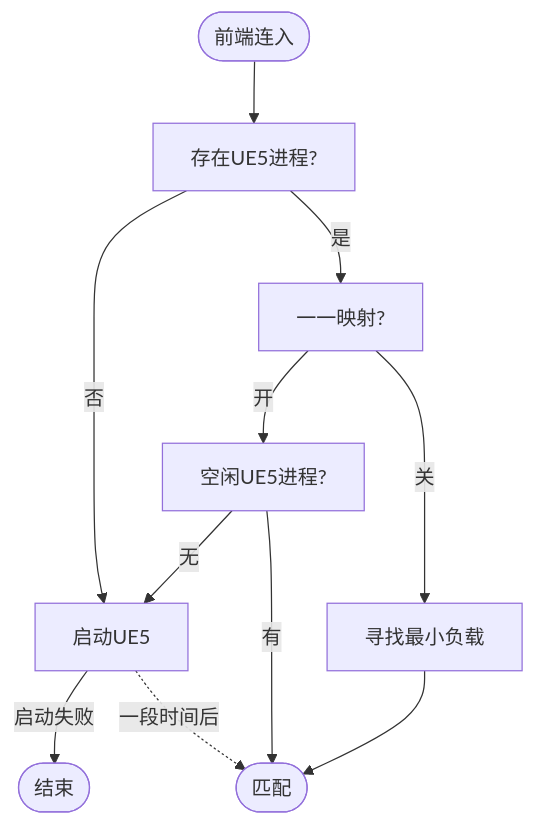
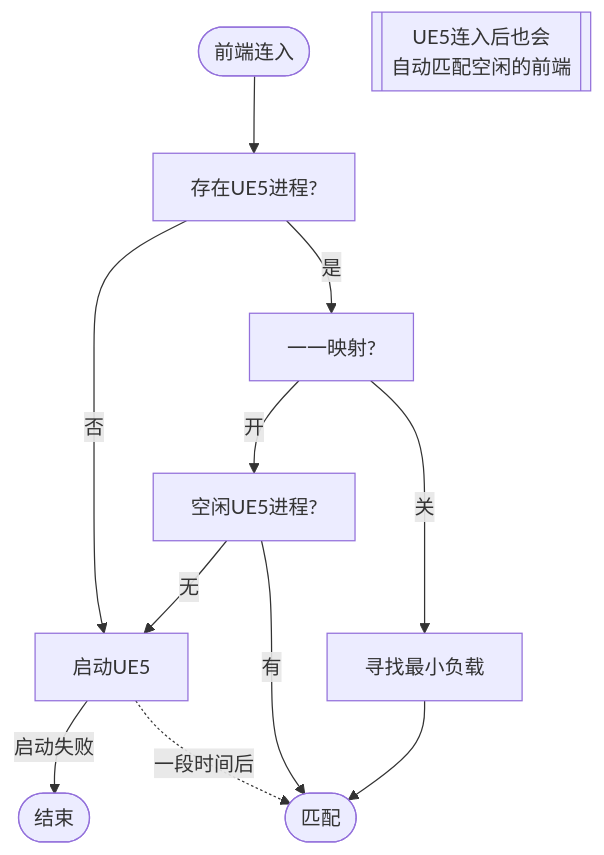
Before and after one commit to Mu-L/peer-stream: the diagram in README-zh.md, drawn with Mermaid.

````diff
--- a/README-zh.md
+++ b/README-zh.md
@@ -65,22 +65,23 @@
 ```mermaid
 flowchart TD;
-    121[一一映射?];
+    map121[一一映射?];
     match([匹配]);
     finish([结束]);
     UE5[存在UE5进程?];
     join([前端连入]);
     start[启动UE5];
     idle[空闲UE5进程?];
     min[寻找最小负载];
+    note[[UE5连入后也会 \n 自动匹配空闲的前端]]
  
     join --> UE5;
     UE5 -->|否| start;
     start -->|启动失败| finish;
     start -. 一段时间后 .-> match;
-    UE5 -->|是| 121;
-    121 -->|开| idle; 
+    UE5 -->|是| map121;
+    map121 -->|开| idle; 
     idle -->|无| start;
     idle -->|有| match;
-    121 -->|关| min --> match;
+    map121 -->|关| min --> match;
 
 ```
````
